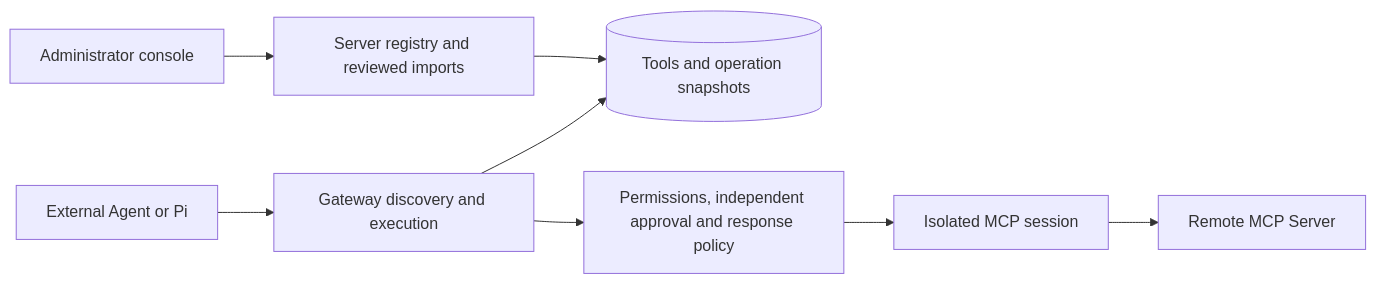
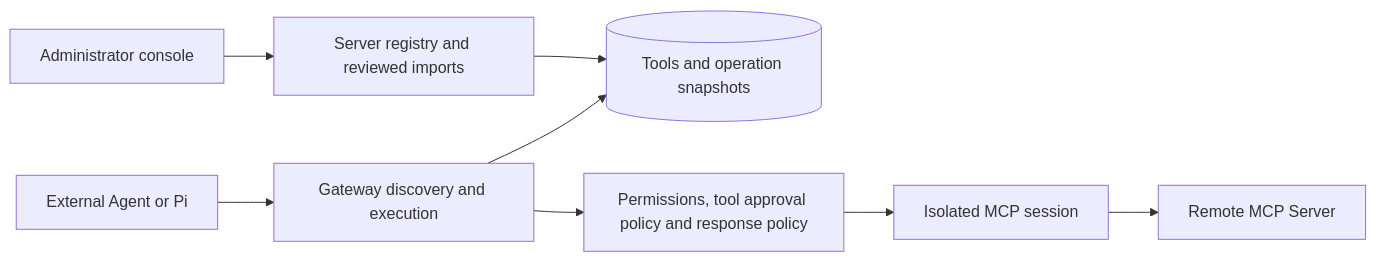
Before and after one commit to alan1-666/mcp-gateway: the diagram in docs/remote-mcp-contract.md, drawn with Mermaid. The commit also changed other lines of this file and 92 other files, not shown here.

````diff
--- a/docs/remote-mcp-contract.md
+++ b/docs/remote-mcp-contract.md
@@ -9,10 +9,10 @@
 ```mermaid
 flowchart LR
   Agent[External Agent or Pi] --> Gateway[Gateway discovery and execution]
   Admin[Administrator console] --> Registry[Server registry and reviewed imports]
   Registry --> DB[(Tools and operation snapshots)]
   Gateway --> DB
-  Gateway --> Policy[Permissions, independent approval and response policy]
+  Gateway --> Policy[Permissions, tool approval policy and response policy]
   Policy --> Adapter[Isolated MCP session]
   Adapter --> Upstream[Remote MCP Server]
 ```
````
